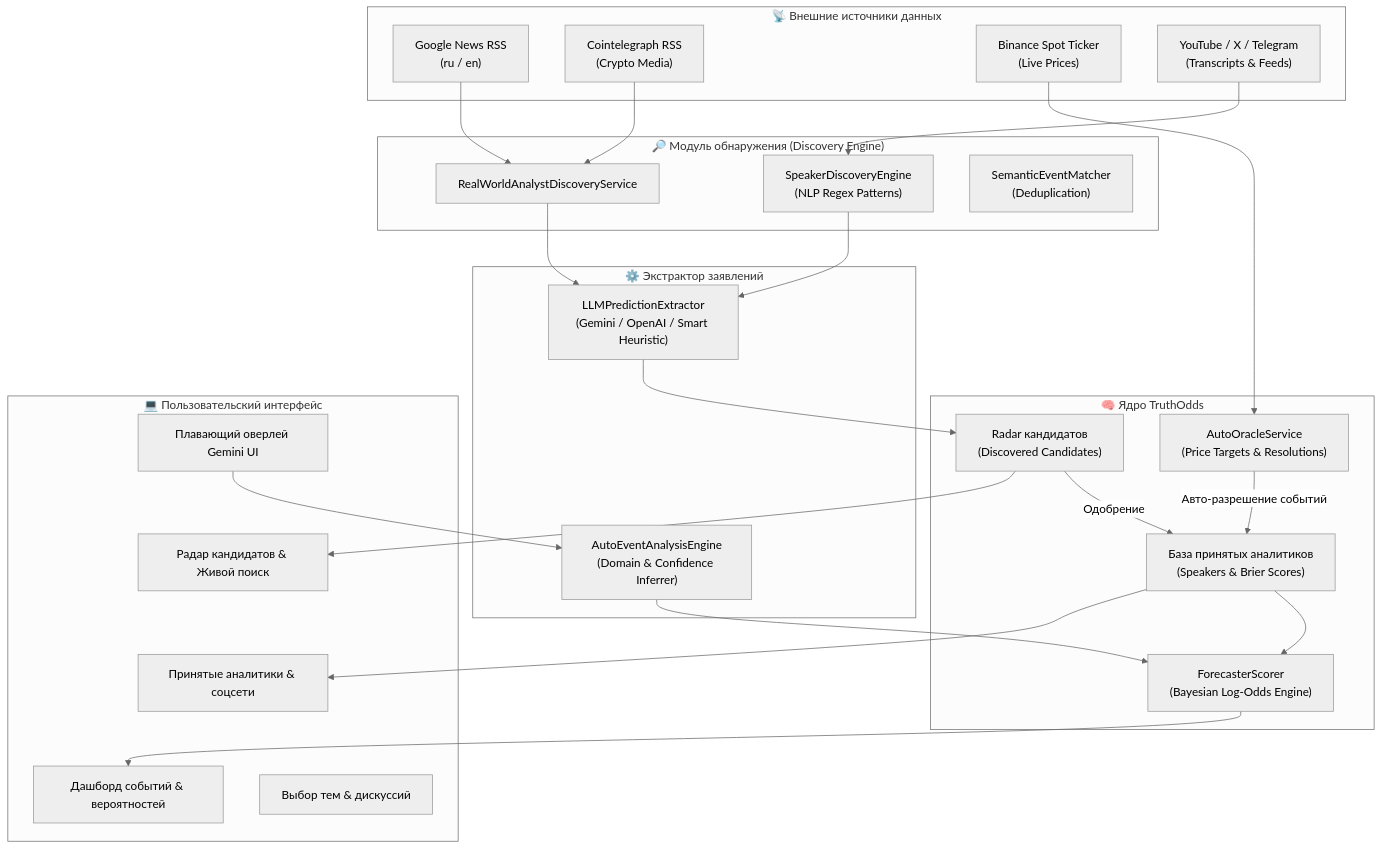
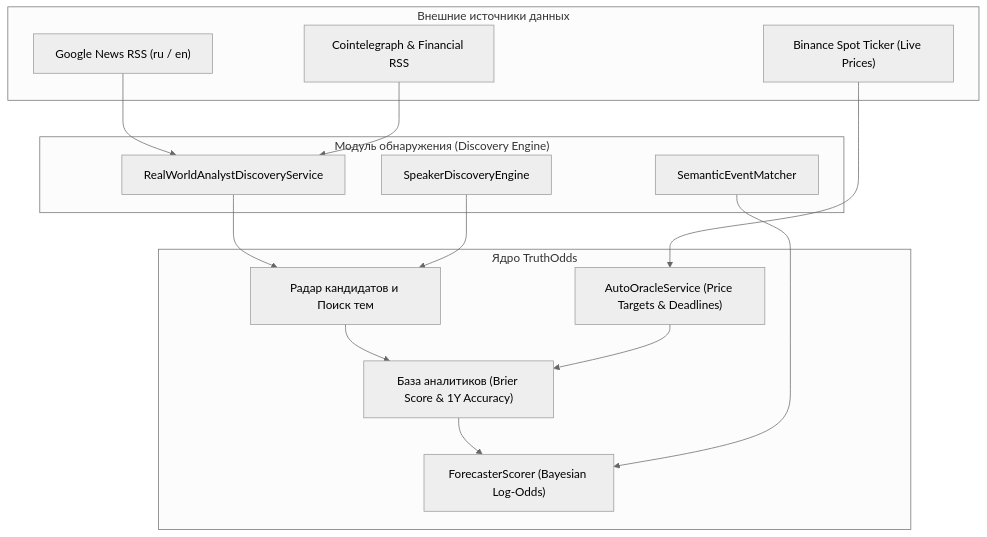
The diagram in README.md (coolboy6969/truth-odds), drawn with Mermaid (neutral theme) before and after one commit. The commit also changed other lines of this file, not shown here.

````diff
--- a/README.md
+++ b/README.md
@@ -127,48 +89,28 @@
 ```mermaid
 flowchart TD
-    subgraph Sources["📡 Внешние источники данных"]
-        A1["Google News RSS<br/>(ru / en)"]
-        A2["Cointelegraph RSS<br/>(Crypto Media)"]
-        A3["Binance Spot Ticker<br/>(Live Prices)"]
-        A4["YouTube / X / Telegram<br/>(Transcripts & Feeds)"]
+    subgraph Sources["Внешние источники данных"]
+        A1["Google News RSS (ru / en)"]
+        A2["Cointelegraph & Financial RSS"]
+        A3["Binance Spot Ticker (Live Prices)"]
     end
 
-    subgraph Discovery["🔎 Модуль обнаружения (Discovery Engine)"]
+    subgraph Discovery["Модуль обнаружения (Discovery Engine)"]
         B1["RealWorldAnalystDiscoveryService"]
-        B2["SpeakerDiscoveryEngine<br/>(NLP Regex Patterns)"]
-        B3["SemanticEventMatcher<br/>(Deduplication)"]
+        B2["SpeakerDiscoveryEngine"]
+        B3["SemanticEventMatcher"]
     end
 
-    subgraph Extractor["⚙️ Экстрактор заявлений"]
-        C1["LLMPredictionExtractor<br/>(Gemini / OpenAI / Smart Heuristic)"]
-        C2["AutoEventAnalysisEngine<br/>(Domain & Confidence Inferrer)"]
-    end
-
-    subgraph Core["🧠 Ядро TruthOdds"]
-        D1["Radar кандидатов<br/>(Discovered Candidates)"]
-        D2["База принятых аналитиков<br/>(Speakers & Brier Scores)"]
-        D3["ForecasterScorer<br/>(Bayesian Log-Odds Engine)"]
-        D4["AutoOracleService<br/>(Price Targets & Resolutions)"]
-    end
-
-    subgraph UI["💻 Пользовательский интерфейс"]
-        E1["Дашборд событий & вероятностей"]
-        E2["Принятые аналитики & соцсети"]
-        E3["Радар кандидатов & Живой поиск"]
-        E4["Выбор тем & дискуссий"]
-        E5["Плавающий оверлей Gemini UI"]
+    subgraph Core["Ядро TruthOdds"]
+        D1["Радар кандидатов и Поиск тем"]
+        D2["База аналитиков (Brier Score & 1Y Accuracy)"]
+        D3["ForecasterScorer (Bayesian Log-Odds)"]
+        D4["AutoOracleService (Price Targets & Deadlines)"]
     end
 
     A1 & A2 --> B1
-    A4 --> B2
-    B1 & B2 --> C1
-    C1 --> D1
-    D1 -- "Одобрение" --> D2
-    D2 & C2 --> D3
-    D3 --> E1
+    B1 & B2 --> D1
+    D1 --> D2
+    D2 & B3 --> D3
     A3 --> D4
-    D4 -- "Авто-разрешение событий" --> D2
-    E5 --> C2
-    D1 --> E3
-    D2 --> E2
+    D4 --> D2
 ```
````
